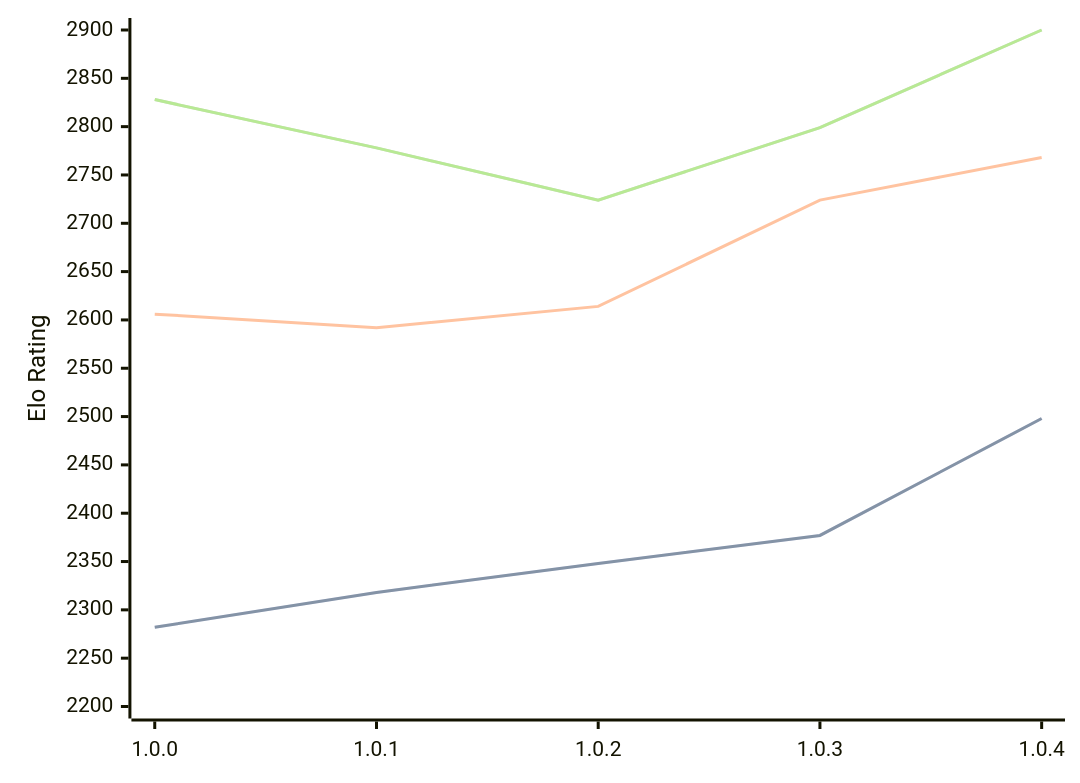
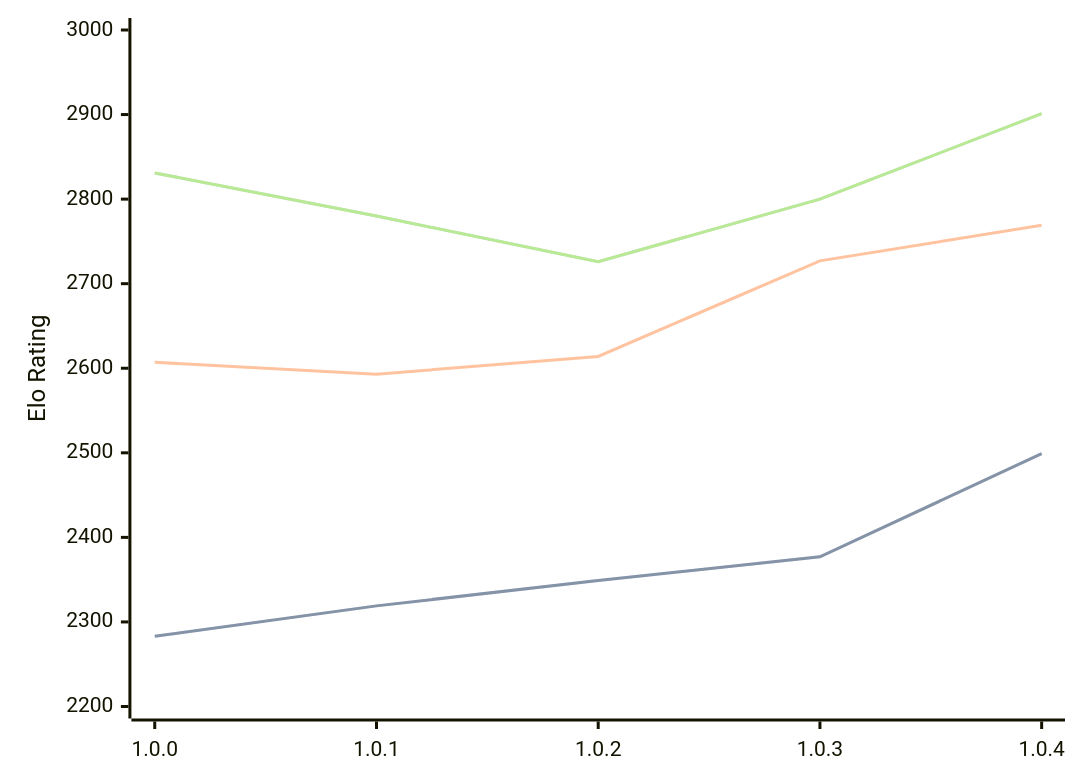
One commit to computer-chess-index/cci changed the diagram in engines/Grail.md. Above: the diagram before and after it, drawn with Mermaid. The commit also changed other lines of this file, not shown here.

Commit message:
Update CCI Ratings (ELO VLTC) - 2026-02-20

````diff
--- a/engines/Grail.md
+++ b/engines/Grail.md
@@ -32,11 +32,11 @@
 ```mermaid
 %%{init: {"theme":"base","themeVariables":{"seriesColors:['#a3a3a3','#222221','#faa371']}}}%%
 xychart-beta
   x-axis ["1.0.0", "1.0.1", "1.0.2", "1.0.3", "1.0.4"]
-  y-axis "Elo Rating" 2200 --> 2900
-  line "STC (8.0+0.08s)" [2282, 2318, 2348, 2377, 2498]
-  line "STC (8.0+0.08s)" [2282, 2318, 2348, 2377, 2498]
-  line "LTC (60.0+0.60s)" [2606, 2592, 2614, 2724, 2768]
-  line "VLTC (2m24s+1.12s)" [2828, 2778, 2724, 2799, 2900]
-  line "VLTC (2m24s+1.12s)" [2828, 2778, 2724, 2799, 2900]
+  y-axis "Elo Rating" 2200 --> 3000
+  line "STC (8.0+0.08s)" [2283, 2319, 2349, 2377, 2499]
+  line "STC (8.0+0.08s)" [2283, 2319, 2349, 2377, 2499]
+  line "LTC (60.0+0.60s)" [2607, 2593, 2614, 2727, 2769]
+  line "VLTC (2m24s+1.12s)" [2831, 2780, 2726, 2800, 2901]
+  line "VLTC (2m24s+1.12s)" [2831, 2780, 2726, 2800, 2901]
 ```
````
